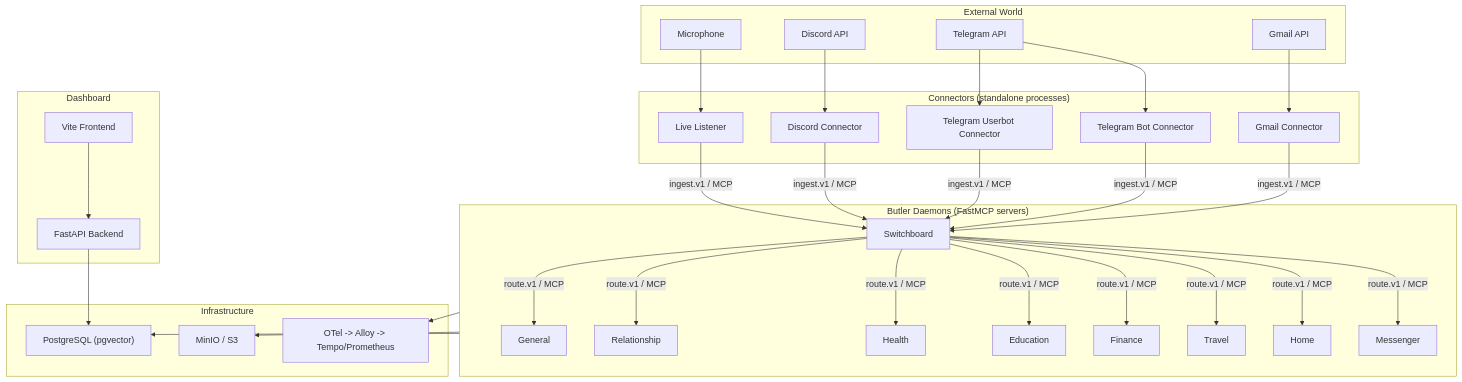
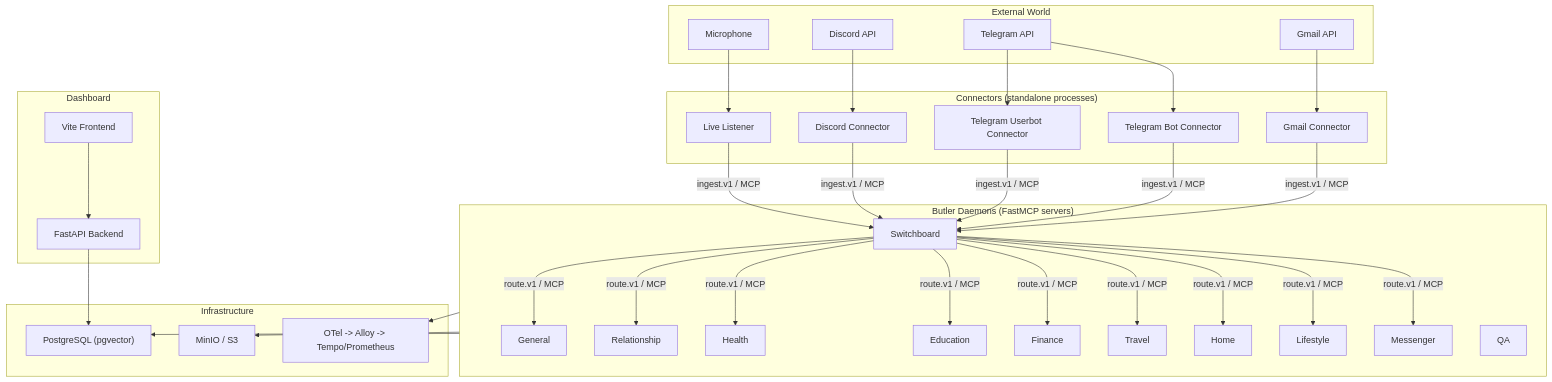
One commit to Tzeusy/butlers changed the diagram in about/lay-and-land/components.md. Above: the diagram before and after it, drawn with Mermaid. The commit also changed 7 other files, not shown here.

````diff
--- a/about/lay-and-land/components.md
+++ b/about/lay-and-land/components.md
@@ -9,67 +9,70 @@
 ```mermaid
 graph TB
     subgraph External["External World"]
         Gmail["Gmail API"]
         TG["Telegram API"]
         Discord["Discord API"]
         Mic["Microphone"]
     end
 
     subgraph Connectors["Connectors (standalone processes)"]
         GmailC["Gmail Connector"]
         TGBot["Telegram Bot Connector"]
         TGUser["Telegram Userbot Connector"]
         DiscordC["Discord Connector"]
         LiveL["Live Listener"]
     end
 
     subgraph Core["Butler Daemons (FastMCP servers)"]
         SW["Switchboard"]
         GEN["General"]
         REL["Relationship"]
         HLT["Health"]
         EDU["Education"]
         FIN["Finance"]
         TRV["Travel"]
         HOM["Home"]
+        LIF["Lifestyle"]
         MSG["Messenger"]
+        QA["QA"]
     end
 
     subgraph Infra["Infrastructure"]
         PG["PostgreSQL (pgvector)"]
         S3["MinIO / S3"]
         OTel["OTel -> Alloy -> Tempo/Prometheus"]
     end
 
     subgraph UI["Dashboard"]
         API["FastAPI Backend"]
         Vite["Vite Frontend"]
     end
 
     Gmail --> GmailC
     TG --> TGBot
     TG --> TGUser
     Discord --> DiscordC
     Mic --> LiveL
 
     GmailC -- "ingest.v1 / MCP" --> SW
     TGBot -- "ingest.v1 / MCP" --> SW
     TGUser -- "ingest.v1 / MCP" --> SW
     DiscordC -- "ingest.v1 / MCP" --> SW
     LiveL -- "ingest.v1 / MCP" --> SW
 
     SW -- "route.v1 / MCP" --> GEN
     SW -- "route.v1 / MCP" --> REL
     SW -- "route.v1 / MCP" --> HLT
     SW -- "route.v1 / MCP" --> EDU
     SW -- "route.v1 / MCP" --> FIN
     SW -- "route.v1 / MCP" --> TRV
     SW -- "route.v1 / MCP" --> HOM
+    SW -- "route.v1 / MCP" --> LIF
     SW -- "route.v1 / MCP" --> MSG
 
     Core --> PG
     Core --> S3
     Core --> OTel
     API --> PG
     Vite --> API
 ```
````
